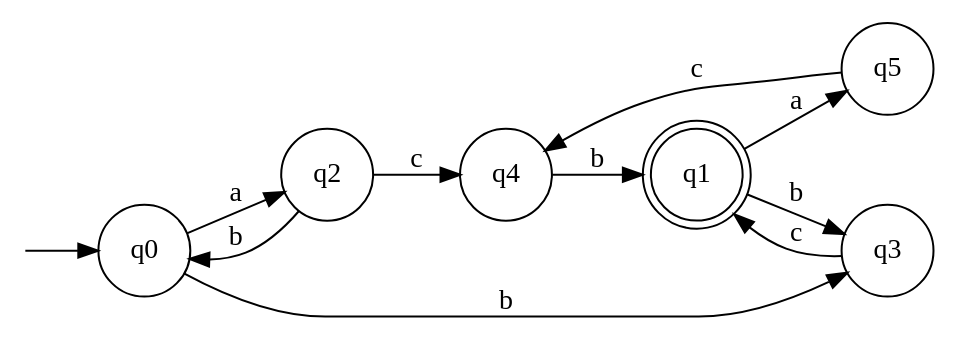
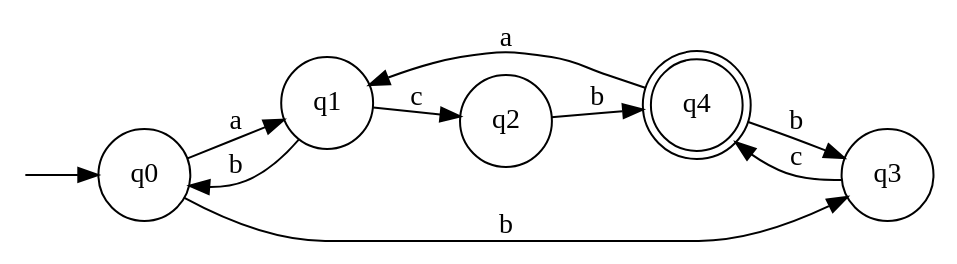
The diagram in dfa_m.dot (water-mizuu/finite_automata_conversion), drawn with Graphviz before and after one commit. The commit also changed 5 other files, not shown here.

```diff
--- a/dfa_m.dot
+++ b/dfa_m.dot
@@ -1,20 +1,18 @@
 digraph G {
   rankdir=LR;
   n__ [label="" shape=none width=.0];
   0 [shape=circle label="q0"];
-  1 [shape=doublecircle label="q1"];
-  2 [shape=circle label="q2"];
-  3 [shape=circle label="q3"];
-  4 [shape=circle label="q4"];
-  5 [shape=circle label="q5"];
+  1 [shape=doublecircle label="q4"];
+  2 [shape=circle label="q1"];
+  3 [shape=circle label="q2"];
+  4 [shape=circle label="q3"];
   n__ -> 0;
   0 -> 2 [label="a"];
-  0 -> 3 [label="b"];
+  0 -> 4 [label="b"];
   2 -> 0 [label="b"];
-  2 -> 4 [label="c"];
-  3 -> 1 [label="c"];
-  4 -> 1 [label="b"];
-  1 -> 5 [label="a"];
-  1 -> 3 [label="b"];
-  5 -> 4 [label="c"];
+  2 -> 3 [label="c"];
+  3 -> 1 [label="b"];
+  4 -> 1 [label="c"];
+  1 -> 2 [label="a"];
+  1 -> 4 [label="b"];
 }
```
